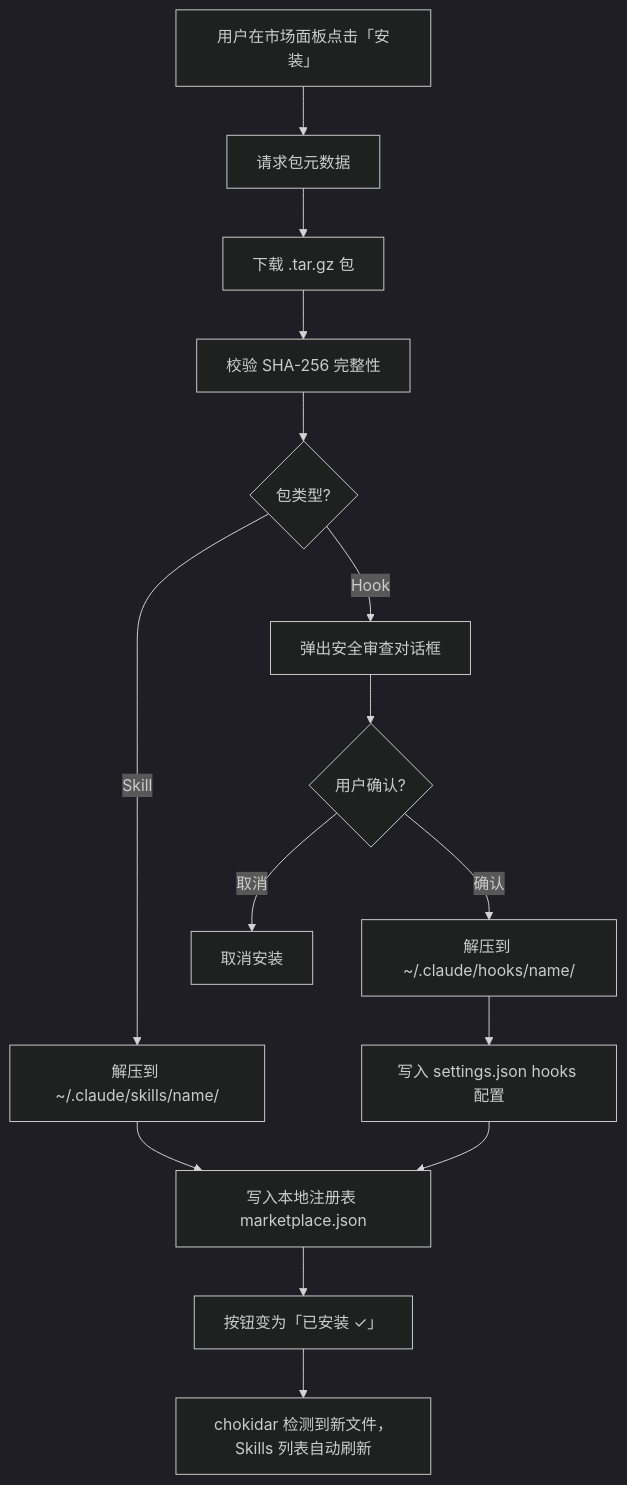
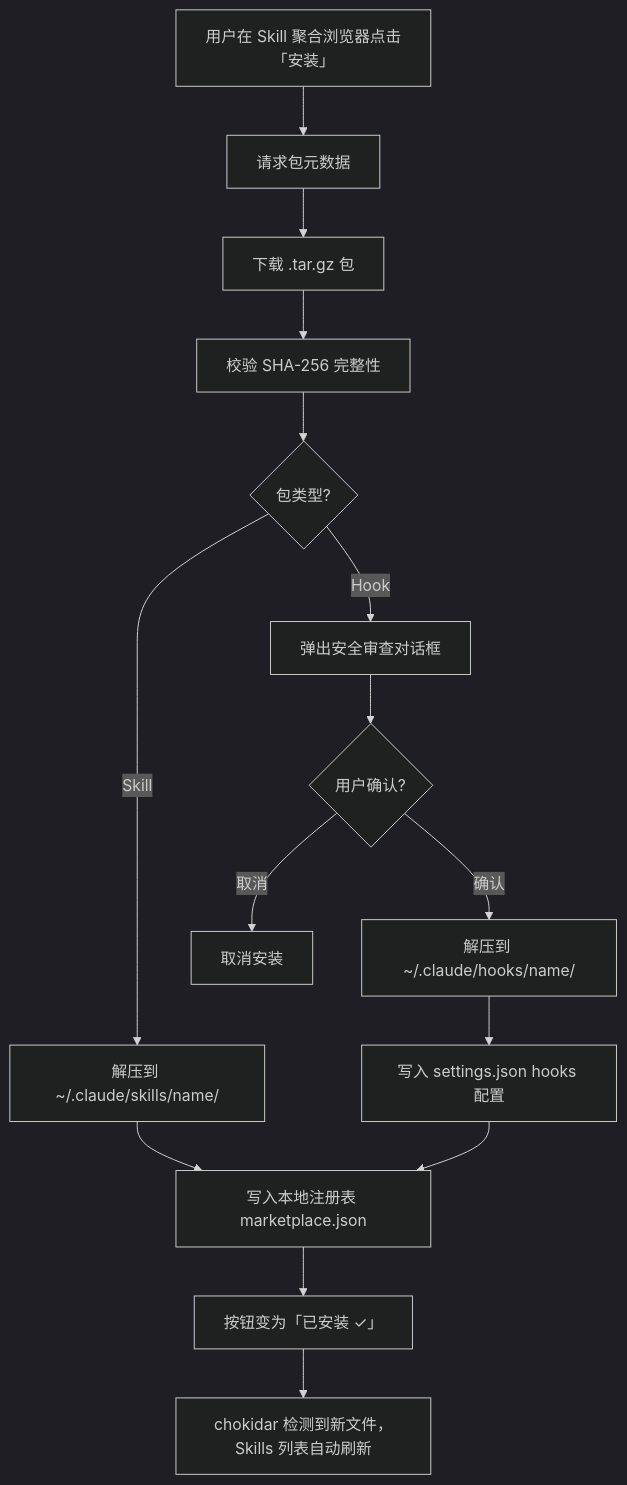
The fifth of 26 diagrams in PRD.md (muxvo/muxvo), drawn with Mermaid (dark theme) before and after one commit. The commit also changed other lines of this file, not shown here.

````diff
--- a/PRD.md
+++ b/PRD.md
@@ -341,17 +358,17 @@
 ```mermaid
 flowchart TD
-    A[用户在市场面板点击「安装」] --> B[请求包元数据]
+    A[用户在 Skill 聚合浏览器点击「安装」] --> B[请求包元数据]
     B --> C[下载 .tar.gz 包]
     C --> D[校验 SHA-256 完整性]
     D --> E{包类型?}
     E -->|Skill| F[解压到 ~/.claude/skills/name/]
     E -->|Hook| G[弹出安全审查对话框]
     G --> H{用户确认?}
     H -->|确认| I[解压到 ~/.claude/hooks/name/]
     I --> J[写入 settings.json hooks 配置]
     H -->|取消| K[取消安装]
     F --> L[写入本地注册表 marketplace.json]
     J --> L
     L --> M[按钮变为「已安装 ✓」]
     M --> N[chokidar 检测到新文件，Skills 列表自动刷新]
 ```
````
